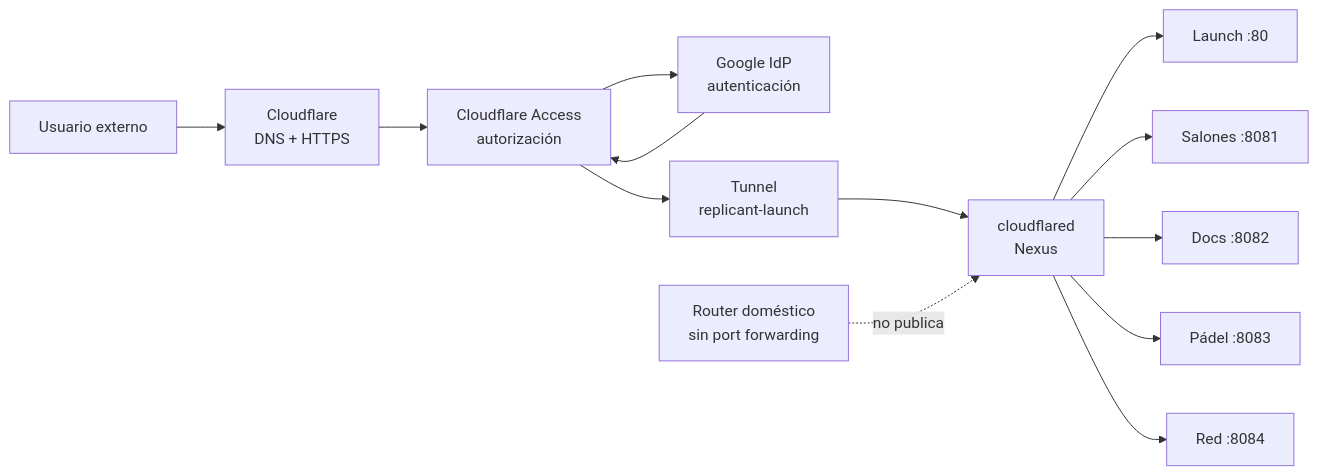
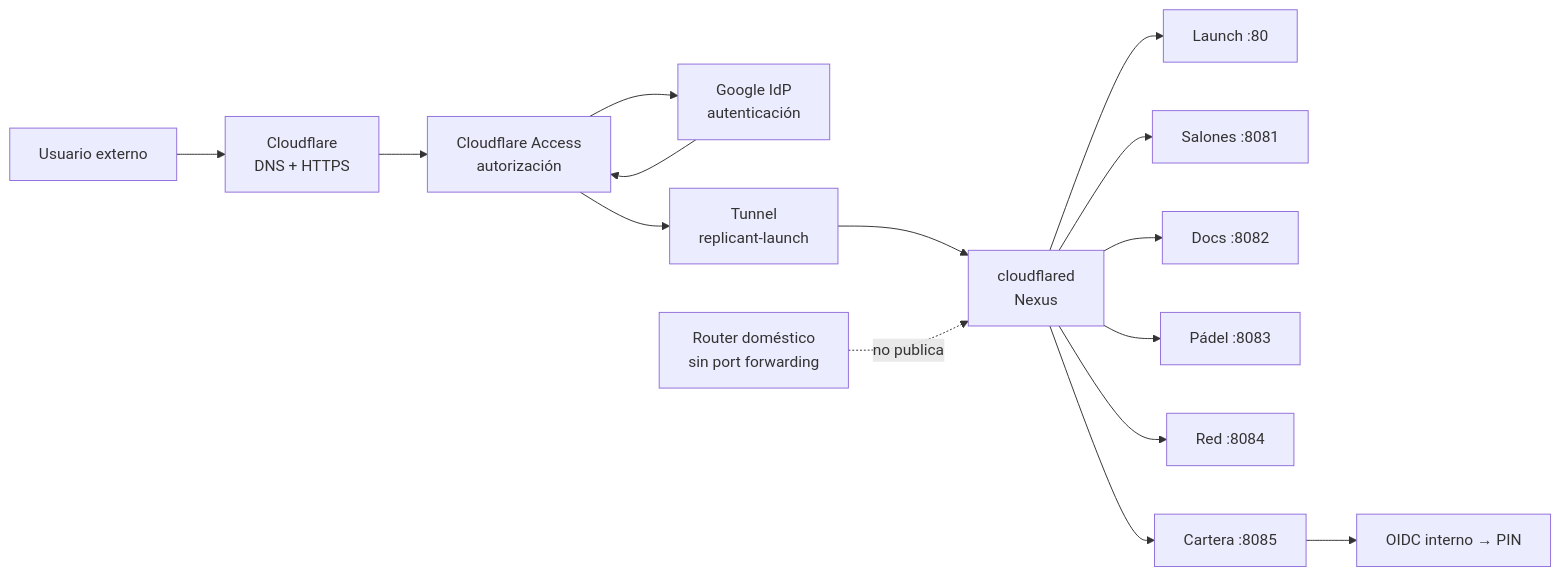
One commit to ratienza/infra-replicant-lab changed the diagram in docs/red/cloudflare-tunnel.md. Above: the diagram before and after it, drawn with Mermaid. The commit also changed other lines of this file and 39 other files, not shown here.

````diff
--- a/docs/red/cloudflare-tunnel.md
+++ b/docs/red/cloudflare-tunnel.md
@@ -20,17 +20,19 @@
 ```mermaid
 flowchart LR
     U["Usuario externo"] --> CF["Cloudflare<br/>DNS + HTTPS"]
     CF --> A["Cloudflare Access<br/>autorización"]
     A --> G["Google IdP<br/>autenticación"]
     G --> A
     A --> T["Tunnel<br/>replicant-launch"]
     T --> F["cloudflared<br/>Nexus"]
 
     F --> L["Launch :80"]
     F --> S["Salones :8081"]
     F --> D["Docs :8082"]
     F --> P["Pádel :8083"]
     F --> R["Red :8084"]
+    F --> C["Cartera :8085"]
+    C --> O["OIDC interno → PIN"]
 
     RT["Router doméstico<br/>sin port forwarding"] -. no publica .-> F
 ```
````
